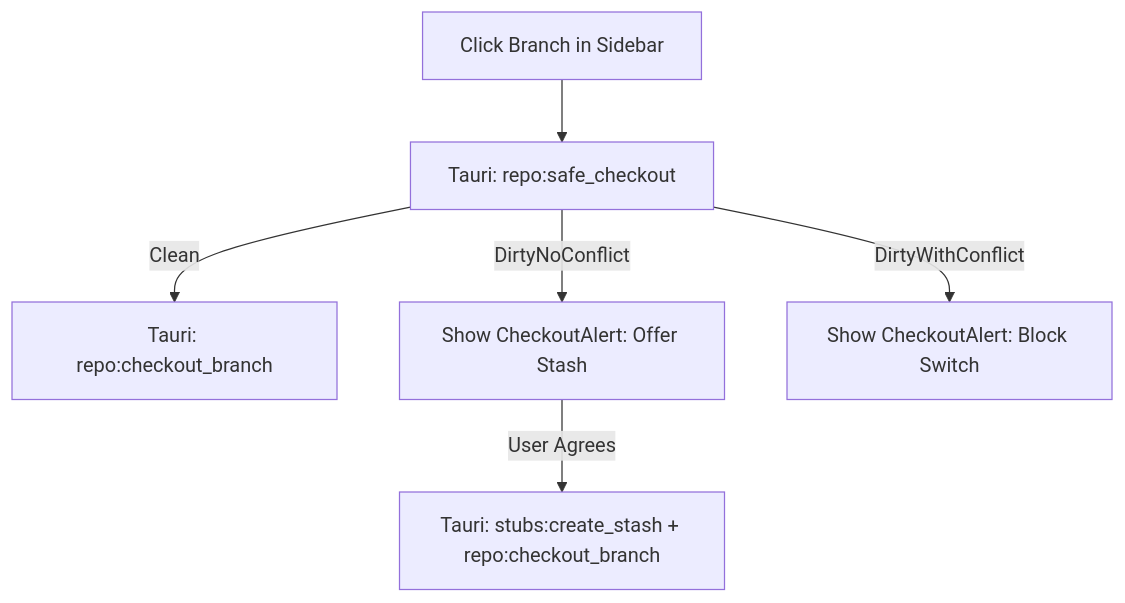
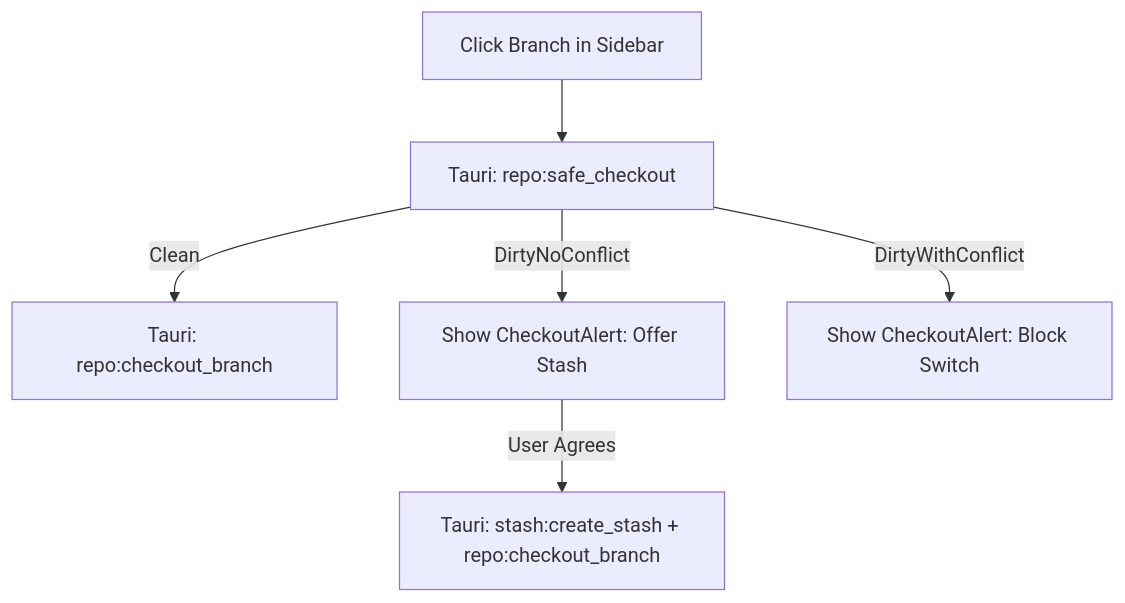
One commit to TrungHieu0107/git-helper changed the fourth of 4 diagrams in docs/user_flow.md. Above: the diagram before and after it, drawn with Mermaid. The commit also changed other lines of this file and 8 other files, not shown here.

````diff
--- a/docs/user_flow.md
+++ b/docs/user_flow.md
@@ -45,8 +63,8 @@
 ```mermaid
 flowchart TD
     Select[Click Branch in Sidebar] --> SafeCheck[Tauri: repo:safe_checkout]
     SafeCheck -- Clean --> FastSwitch[Tauri: repo:checkout_branch]
     SafeCheck -- DirtyNoConflict --> OfferStash[Show CheckoutAlert: Offer Stash]
     SafeCheck -- DirtyWithConflict --> ShowError[Show CheckoutAlert: Block Switch]
-    OfferStash -- User Agrees --> StashSwitch[Tauri: stubs:create_stash + repo:checkout_branch]
+    OfferStash -- User Agrees --> StashSwitch[Tauri: stash:create_stash + repo:checkout_branch]
 ```
````
